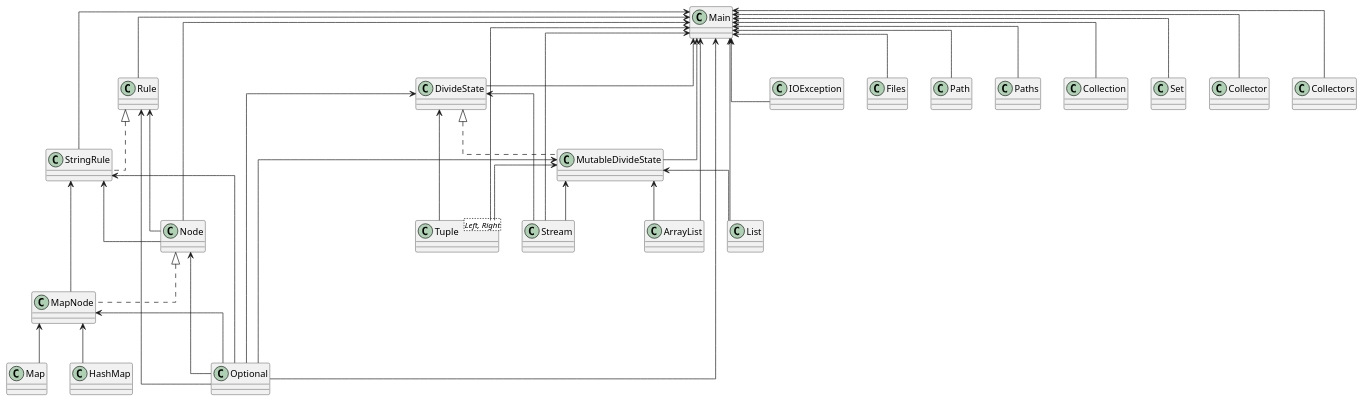
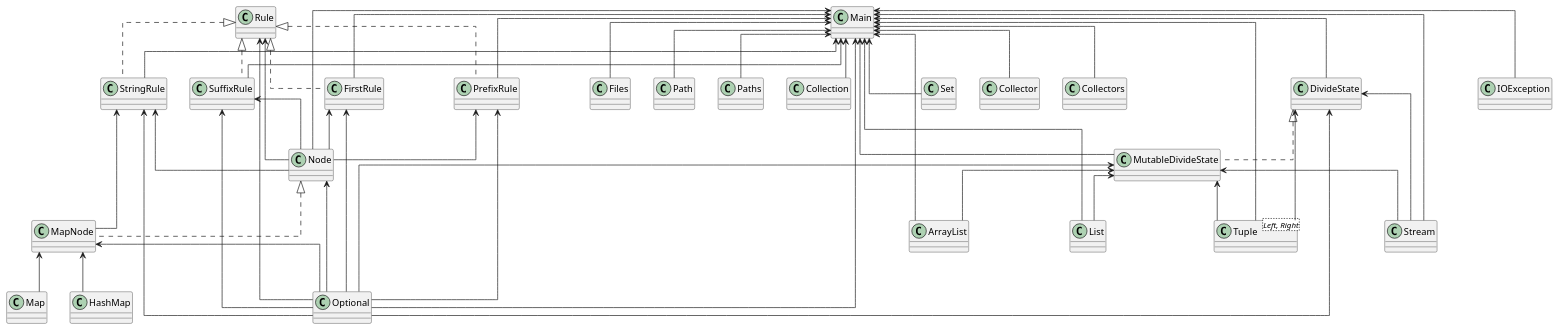
One commit to SirMathhman/Magma changed the diagram in diagram.puml. Above: the diagram before and after it, drawn with PlantUML. The commit also changed 4 other files, not shown here.

```diff
--- a/diagram.puml
+++ b/diagram.puml
@@ -1,50 +1,64 @@
 @startuml
 skinparam linetype ortho
+class PrefixRule
+PrefixRule <-- Node
+PrefixRule <-- Optional
+class PrefixRule implements Rule
+class SuffixRule
+SuffixRule <-- Node
+SuffixRule <-- Optional
+class SuffixRule implements Rule
 class StringRule
 StringRule <-- MapNode
 StringRule <-- Node
 StringRule <-- Optional
 class StringRule implements Rule
 class Rule
 Rule <-- Node
 Rule <-- Optional
 class Main
 Main <-- Tuple
 Main <-- DivideState
 Main <-- MutableDivideState
 Main <-- Node
-Main <-- Rule
+Main <-- FirstRule
+Main <-- PrefixRule
 Main <-- StringRule
+Main <-- SuffixRule
 Main <-- IOException
 Main <-- Files
 Main <-- Path
 Main <-- Paths
 Main <-- ArrayList
 Main <-- Collection
 Main <-- List
 Main <-- Optional
 Main <-- Set
 Main <-- Collector
 Main <-- Collectors
 Main <-- Stream
 class Node
 Node <-- Optional
 class MutableDivideState
 MutableDivideState <-- Tuple
 MutableDivideState <-- ArrayList
 MutableDivideState <-- List
 MutableDivideState <-- Optional
 MutableDivideState <-- Stream
 class MutableDivideState implements DivideState 
+class FirstRule
+FirstRule <-- Node
+FirstRule <-- Optional
+class FirstRule implements Rule
 class Tuple
 class Tuple<Left, Right> 
 class DivideState
 DivideState <-- Tuple
 DivideState <-- Optional
 DivideState <-- Stream
 class MapNode
 MapNode <-- HashMap
 MapNode <-- Map
 MapNode <-- Optional
 class MapNode implements Node 
 @enduml
```
